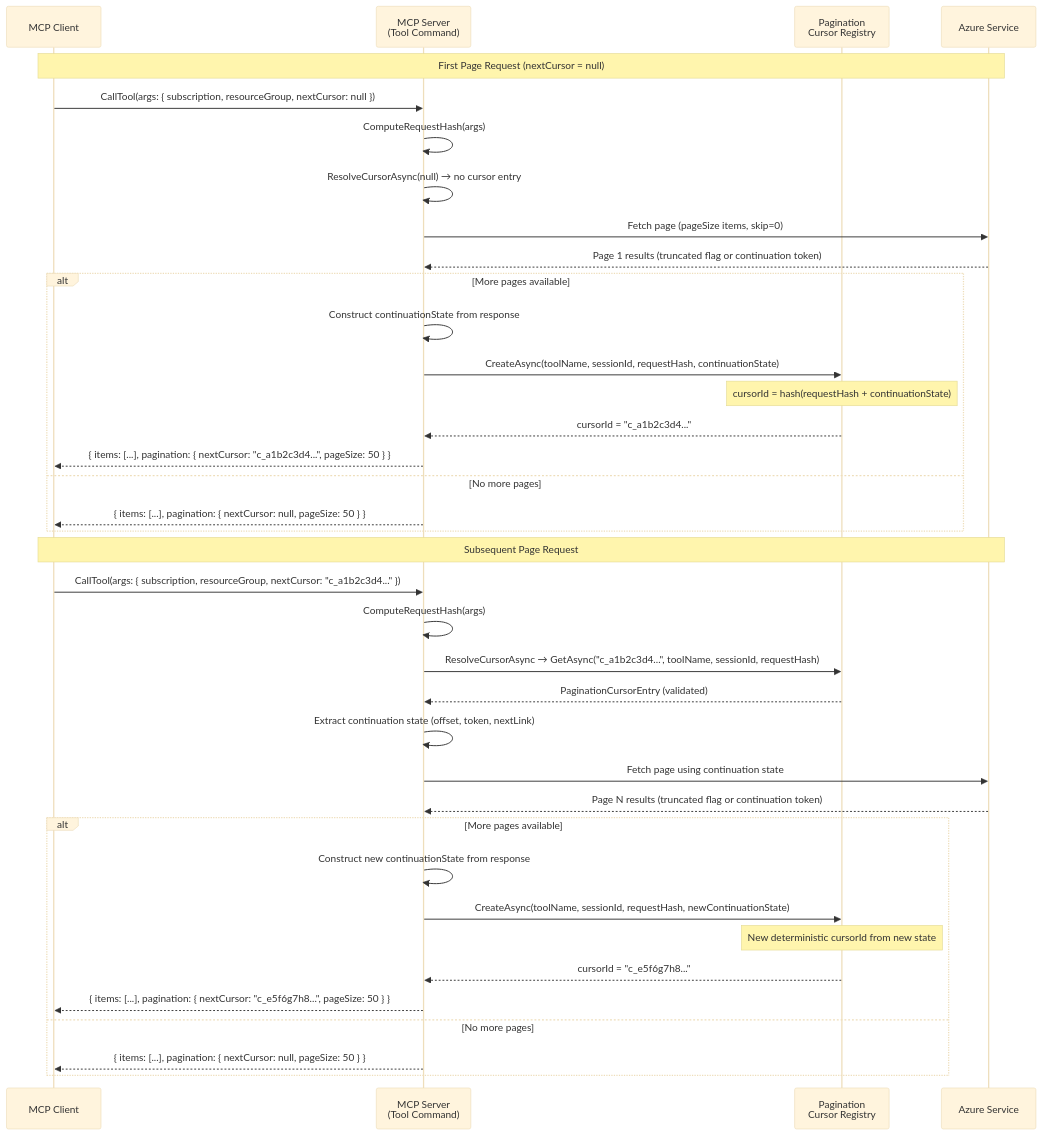
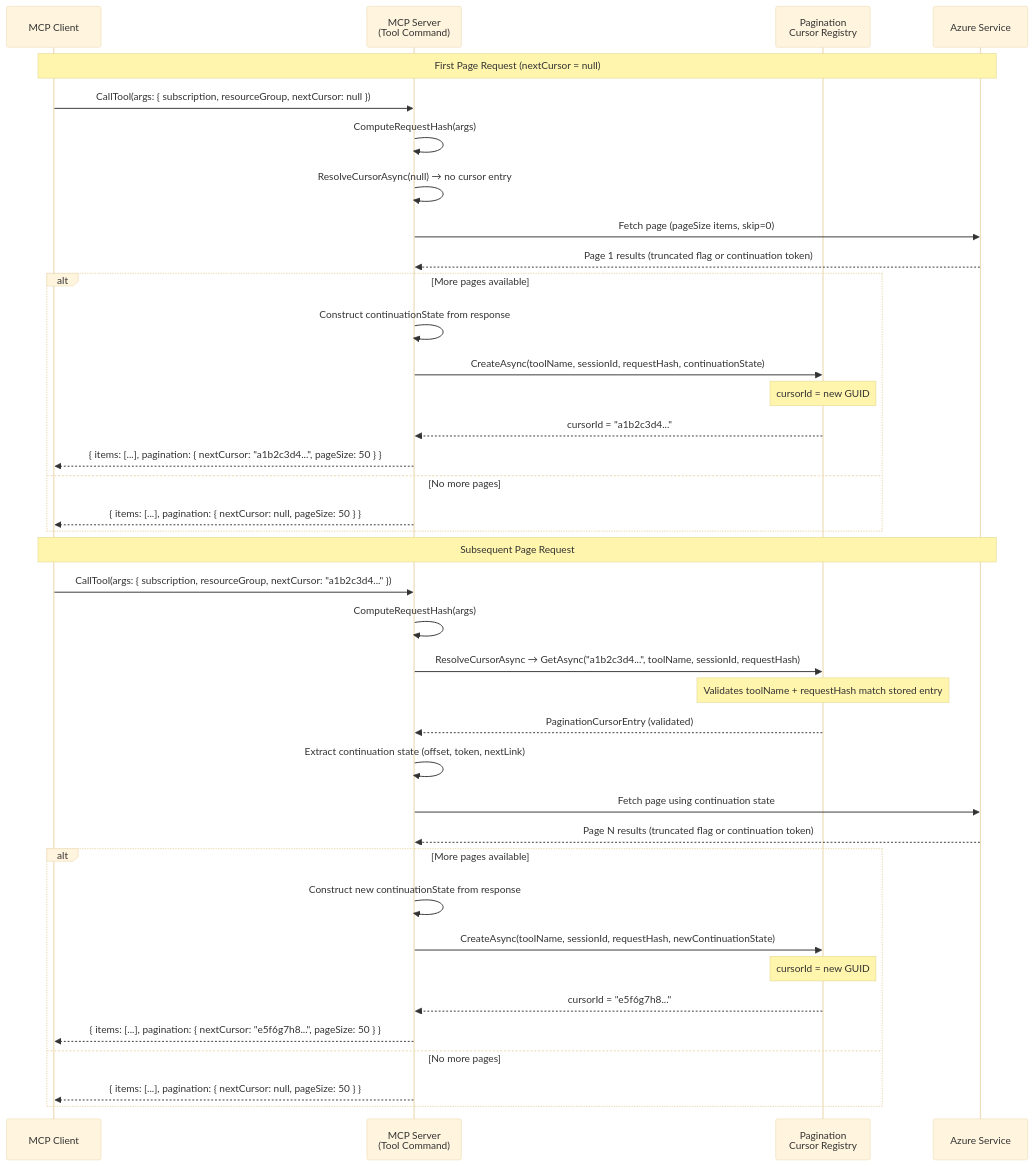
Before and after one commit to srnagar/mcp: the first of 3 diagrams in docs/design/pagination.md, drawn with Mermaid (base theme). The commit also changed other lines of this file and 4 other files, not shown here.

````diff
--- a/docs/design/pagination.md
+++ b/docs/design/pagination.md
@@ -49,41 +49,42 @@
 ```mermaid
 sequenceDiagram
     participant Client as MCP Client
     participant Server as MCP Server<br/>(Tool Command)
     participant Cache as Pagination<br/>Cursor Registry
     participant Azure as Azure Service
 
     Note over Client,Azure: First Page Request (nextCursor = null)
     Client->>Server: CallTool(args: { subscription, resourceGroup, nextCursor: null })
     Server->>Server: ComputeRequestHash(args)
     Server->>Server: ResolveCursorAsync(null) → no cursor entry
     Server->>Azure: Fetch page (pageSize items, skip=0)
     Azure-->>Server: Page 1 results (truncated flag or continuation token)
     alt More pages available
         Server->>Server: Construct continuationState from response
         Server->>Cache: CreateAsync(toolName, sessionId, requestHash, continuationState)
-        Note over Cache: cursorId = hash(requestHash + continuationState)
-        Cache-->>Server: cursorId = "c_a1b2c3d4..."
-        Server-->>Client: { items: [...], pagination: { nextCursor: "c_a1b2c3d4...", pageSize: 50 } }
+        Note over Cache: cursorId = new GUID
+        Cache-->>Server: cursorId = "a1b2c3d4..."
+        Server-->>Client: { items: [...], pagination: { nextCursor: "a1b2c3d4...", pageSize: 50 } }
     else No more pages
         Server-->>Client: { items: [...], pagination: { nextCursor: null, pageSize: 50 } }
     end
 
     Note over Client,Azure: Subsequent Page Request
-    Client->>Server: CallTool(args: { subscription, resourceGroup, nextCursor: "c_a1b2c3d4..." })
+    Client->>Server: CallTool(args: { subscription, resourceGroup, nextCursor: "a1b2c3d4..." })
     Server->>Server: ComputeRequestHash(args)
-    Server->>Cache: ResolveCursorAsync → GetAsync("c_a1b2c3d4...", toolName, sessionId, requestHash)
+    Server->>Cache: ResolveCursorAsync → GetAsync("a1b2c3d4...", toolName, sessionId, requestHash)
+    Note over Cache: Validates toolName + requestHash match stored entry
     Cache-->>Server: PaginationCursorEntry (validated)
     Server->>Server: Extract continuation state (offset, token, nextLink)
     Server->>Azure: Fetch page using continuation state
     Azure-->>Server: Page N results (truncated flag or continuation token)
     alt More pages available
         Server->>Server: Construct new continuationState from response
         Server->>Cache: CreateAsync(toolName, sessionId, requestHash, newContinuationState)
-        Note over Cache: New deterministic cursorId from new state
-        Cache-->>Server: cursorId = "c_e5f6g7h8..."
-        Server-->>Client: { items: [...], pagination: { nextCursor: "c_e5f6g7h8...", pageSize: 50 } }
+        Note over Cache: cursorId = new GUID
+        Cache-->>Server: cursorId = "e5f6g7h8..."
+        Server-->>Client: { items: [...], pagination: { nextCursor: "e5f6g7h8...", pageSize: 50 } }
     else No more pages
         Server-->>Client: { items: [...], pagination: { nextCursor: null, pageSize: 50 } }
     end
 ```
````
